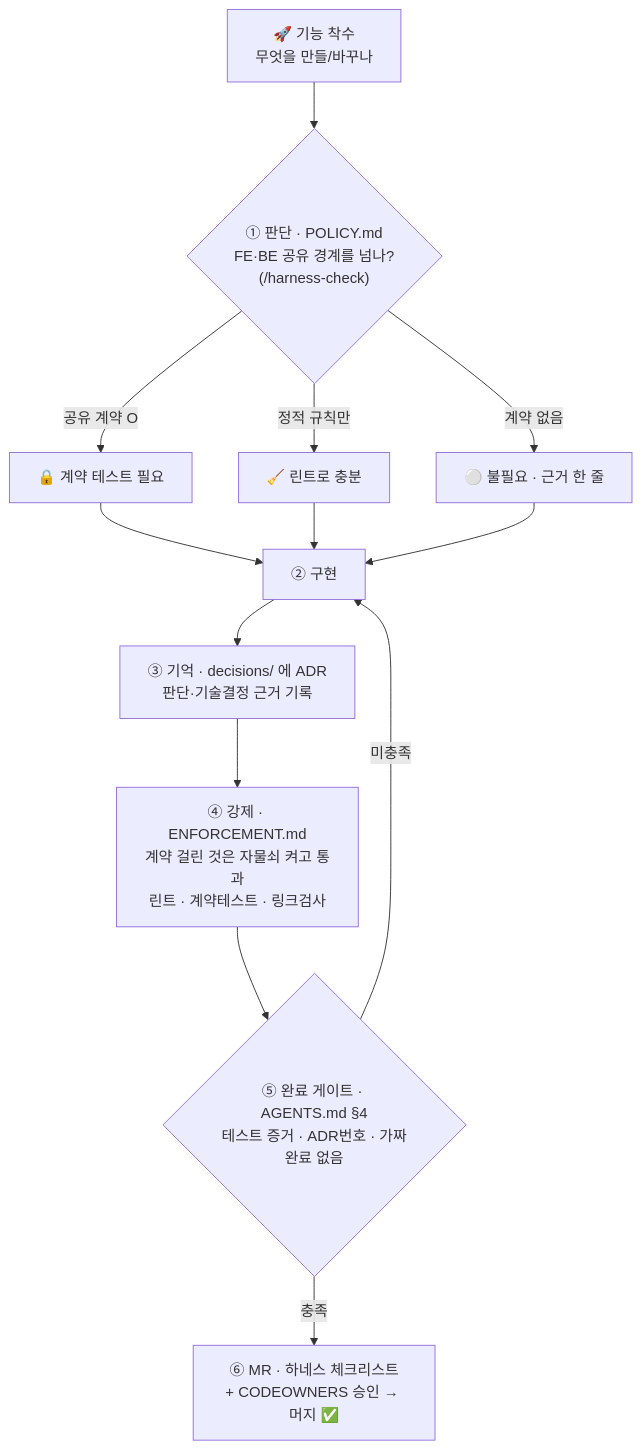
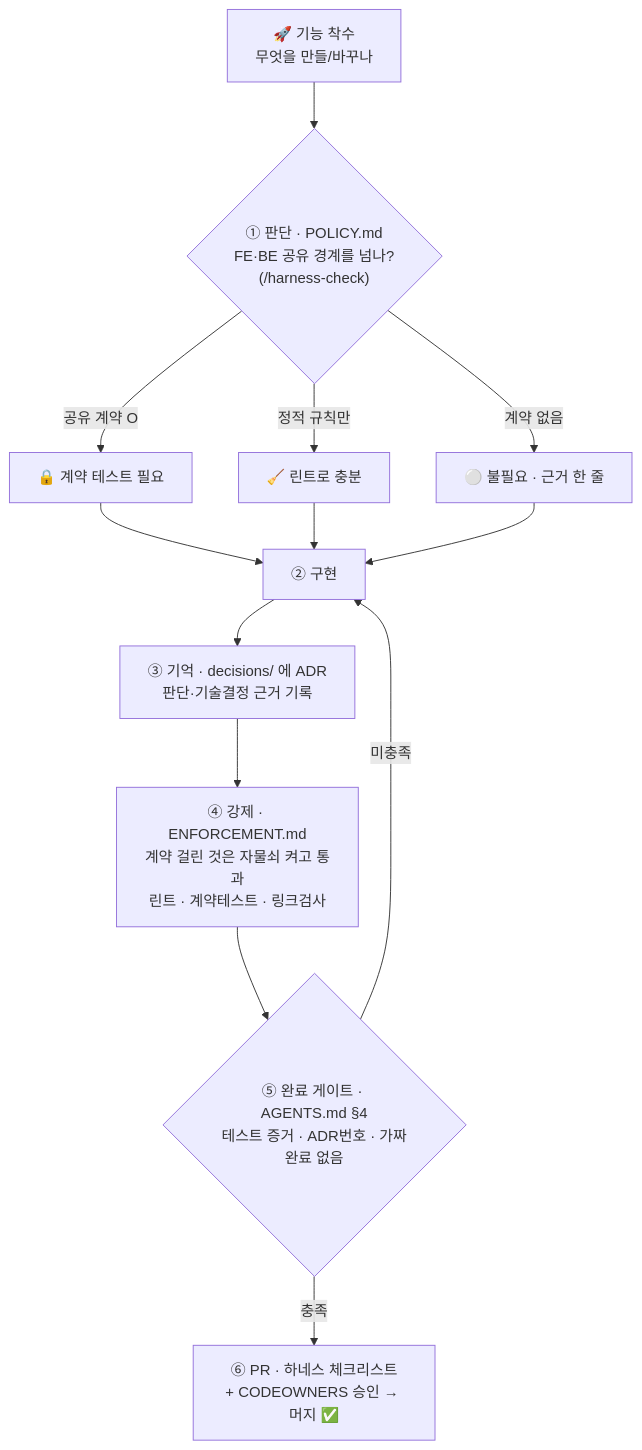
Before and after one commit to thdwjdrl401/jiphyeonjeon: the diagram in docs/harness/README.md, drawn with Mermaid. The commit also changed other lines of this file and 11 other files, not shown here.

````diff
--- a/docs/harness/README.md
+++ b/docs/harness/README.md
@@ -35,15 +35,15 @@
 ```mermaid
 flowchart TD
     A["🚀 기능 착수<br/>무엇을 만들/바꾸나"] --> B{"① 판단 · POLICY.md<br/>FE·BE 공유 경계를 넘나?<br/>(/harness-check)"}
     B -->|"공유 계약 O"| C["🔒 계약 테스트 필요"]
     B -->|"정적 규칙만"| D["🧹 린트로 충분"]
     B -->|"계약 없음"| E["⚪ 불필요 · 근거 한 줄"]
     C --> F["② 구현"]
     D --> F
     E --> F
     F --> G["③ 기억 · decisions/ 에 ADR<br/>판단·기술결정 근거 기록"]
     G --> H["④ 강제 · ENFORCEMENT.md<br/>계약 걸린 것은 자물쇠 켜고 통과<br/>린트 · 계약테스트 · 링크검사"]
     H --> I{"⑤ 완료 게이트 · AGENTS.md §4<br/>테스트 증거 · ADR번호 · 가짜완료 없음"}
     I -->|"미충족"| F
-    I -->|"충족"| J["⑥ MR · 하네스 체크리스트<br/>+ CODEOWNERS 승인 → 머지 ✅"]
+    I -->|"충족"| J["⑥ PR · 하네스 체크리스트<br/>+ CODEOWNERS 승인 → 머지 ✅"]
 ```
````
